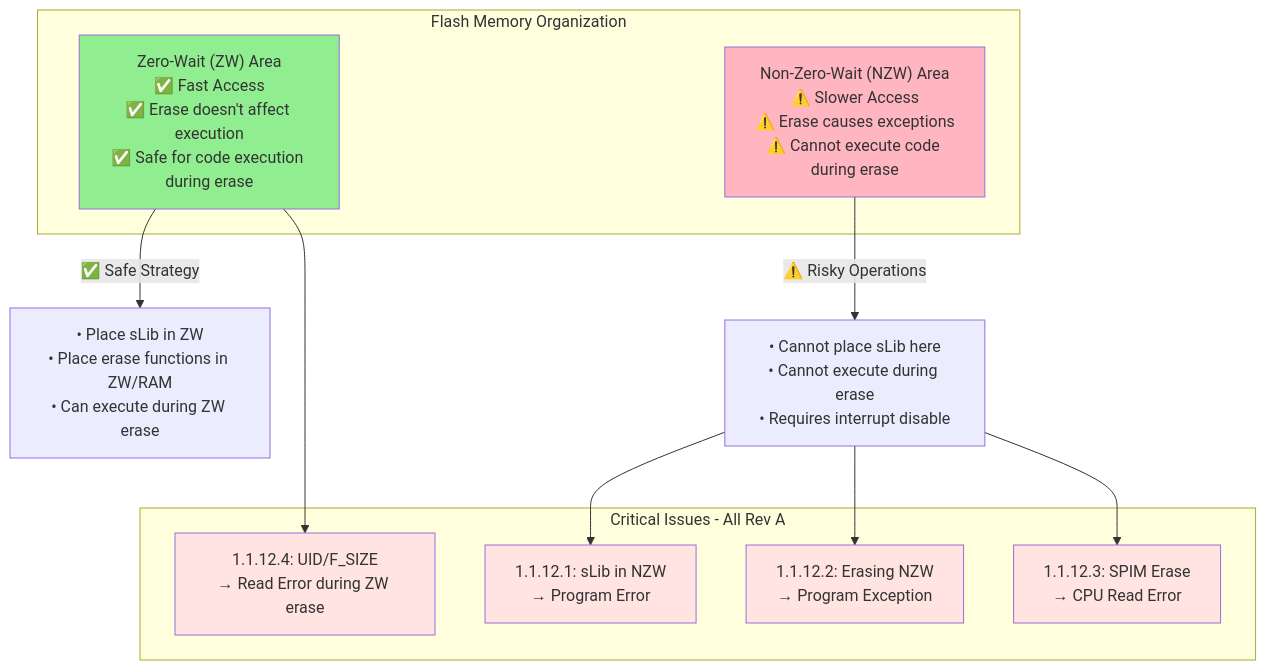
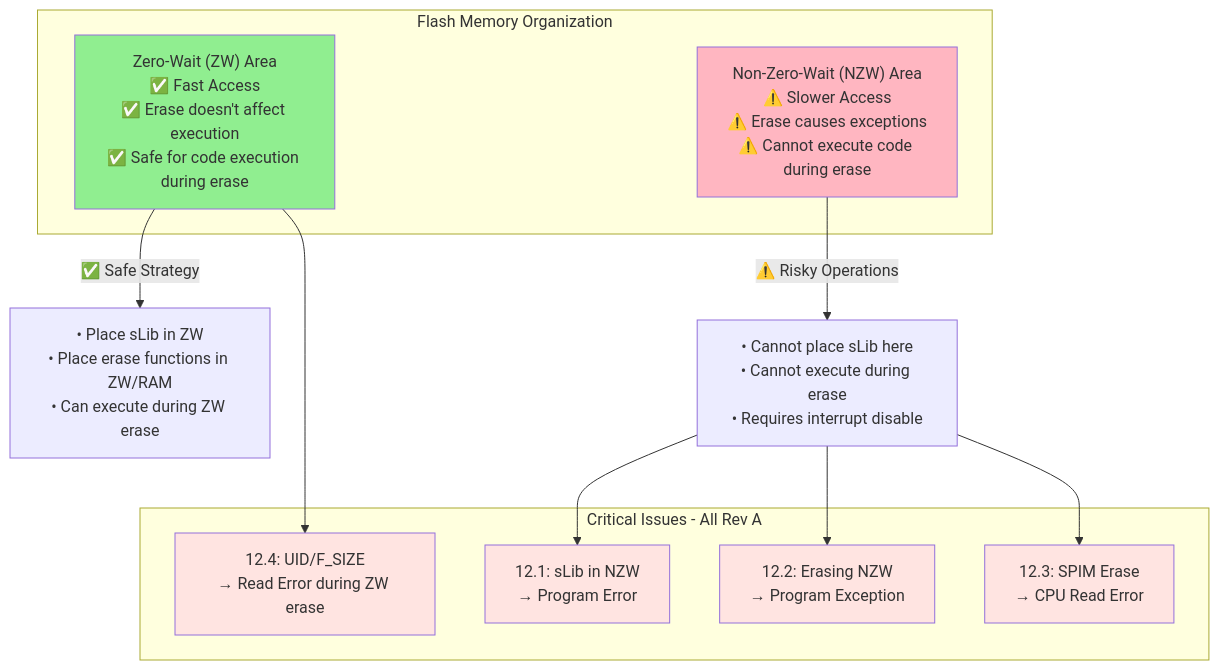
The fourth of 4 diagrams in ES0002_AT32F403A_407_Errata_Sheet_EN_V2.0.11.md (XYphrodite/at32f403a-407-docs), drawn with Mermaid before and after one commit. The commit also changed other lines of this file and 1 other file, not shown here.

````diff
--- a/ES0002_AT32F403A_407_Errata_Sheet_EN_V2.0.11.md
+++ b/ES0002_AT32F403A_407_Errata_Sheet_EN_V2.0.11.md
@@ -1128,29 +1303,29 @@
 ```mermaid
 graph TB
     subgraph "Flash Memory Organization"
         ZW["Zero-Wait (ZW) Area<br/>✅ Fast Access<br/>✅ Erase doesn't affect execution<br/>✅ Safe for code execution during erase"]
         NZW["Non-Zero-Wait (NZW) Area<br/>⚠️ Slower Access<br/>⚠️ Erase causes exceptions<br/>⚠️ Cannot execute code during erase"]
     end
     
     subgraph "Critical Issues - All Rev A"
-        Issue1["1.1.12.1: sLib in NZW<br/>→ Program Error"]
-        Issue2["1.1.12.2: Erasing NZW<br/>→ Program Exception"]
-        Issue3["1.1.12.3: SPIM Erase<br/>→ CPU Read Error"]
-        Issue4["1.1.12.4: UID/F_SIZE<br/>→ Read Error during ZW erase"]
+        Issue1["12.1: sLib in NZW<br/>→ Program Error"]
+        Issue2["12.2: Erasing NZW<br/>→ Program Exception"]
+        Issue3["12.3: SPIM Erase<br/>→ CPU Read Error"]
+        Issue4["12.4: UID/F_SIZE<br/>→ Read Error during ZW erase"]
     end
     
     ZW -->|"✅ Safe Strategy"| ZW_Safe["• Place sLib in ZW<br/>• Place erase functions in ZW/RAM<br/>• Can execute during ZW erase"]
     NZW -->|"⚠️ Risky Operations"| NZW_Risk["• Cannot place sLib here<br/>• Cannot execute during erase<br/>• Requires interrupt disable"]
     
     NZW_Risk --> Issue1
     NZW_Risk --> Issue2
     NZW_Risk --> Issue3
     ZW --> Issue4
     
     style ZW fill:#90EE90
     style NZW fill:#FFB6C1
     style Issue1 fill:#FFE4E1
     style Issue2 fill:#FFE4E1
     style Issue3 fill:#FFE4E1
     style Issue4 fill:#FFE4E1
 ```
````
